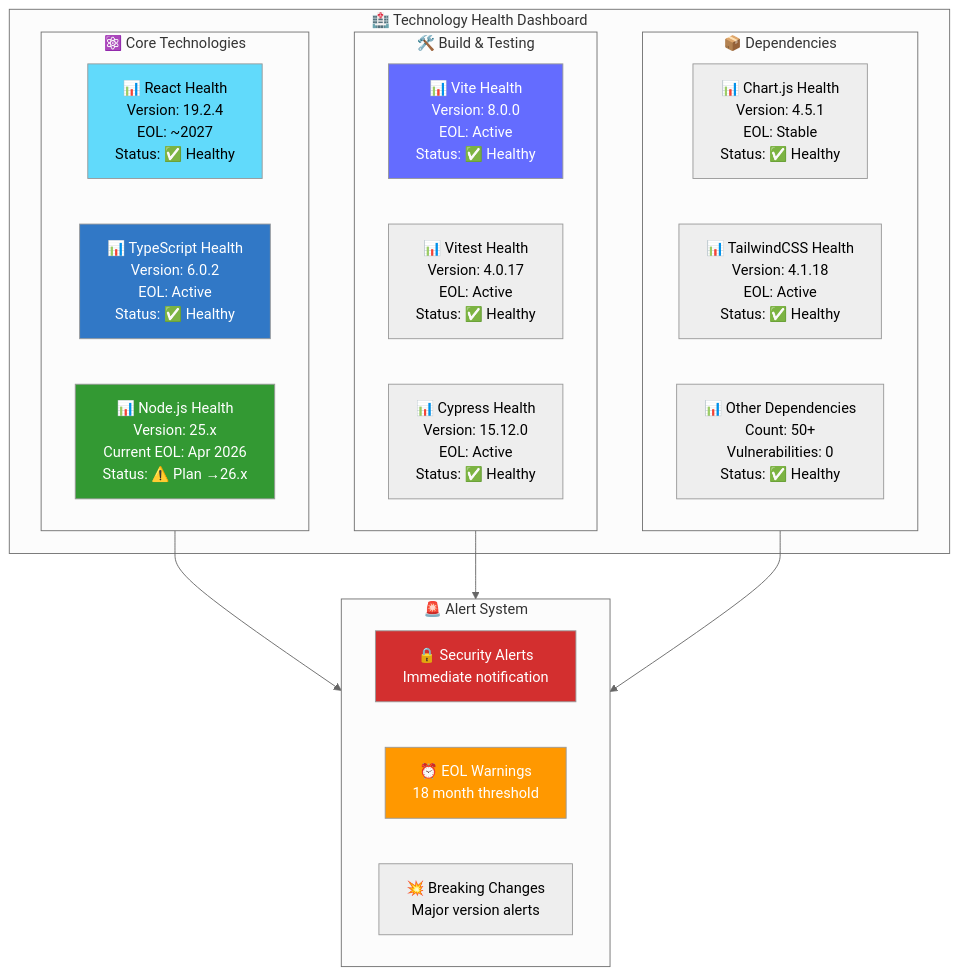
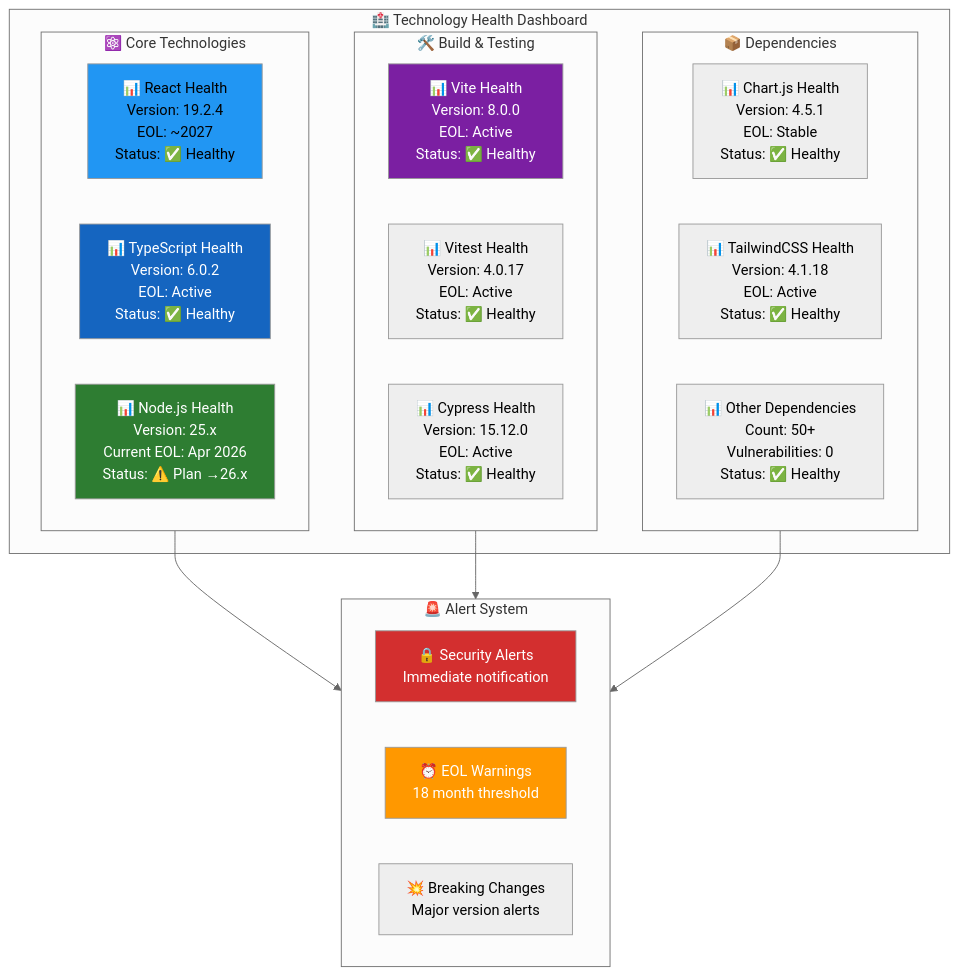
The ninth of 9 diagrams in docs/End-of-Life-Strategy.md (Hack23/cia-compliance-manager), drawn with Mermaid (neutral theme) before and after one commit. The commit also changed other lines of this file and 18 other files, not shown here.

````diff
--- a/docs/End-of-Life-Strategy.md
+++ b/docs/End-of-Life-Strategy.md
@@ -793,39 +758,39 @@
 ```mermaid
 graph TB
     subgraph HEALTH["🏥 Technology Health Dashboard"]
         subgraph CORE["⚛️ Core Technologies"]
             REACT[📊 React Health<br/>Version: 19.2.4<br/>EOL: ~2027<br/>Status: ✅ Healthy]
             TS[📊 TypeScript Health<br/>Version: 6.0.2<br/>EOL: Active<br/>Status: ✅ Healthy]
             NODE[📊 Node.js Health<br/>Version: 25.x<br/>Current EOL: Apr 2026<br/>Status: ⚠️ Plan →26.x]
         end
         
         subgraph TOOLS["🛠️ Build & Testing"]
             VITE[📊 Vite Health<br/>Version: 8.0.0<br/>EOL: Active<br/>Status: ✅ Healthy]
             VITEST[📊 Vitest Health<br/>Version: 4.0.17<br/>EOL: Active<br/>Status: ✅ Healthy]
             CYPRESS[📊 Cypress Health<br/>Version: 15.12.0<br/>EOL: Active<br/>Status: ✅ Healthy]
         end
         
         subgraph DEPS["📦 Dependencies"]
             CHART[📊 Chart.js Health<br/>Version: 4.5.1<br/>EOL: Stable<br/>Status: ✅ Healthy]
             TAILWIND[📊 TailwindCSS Health<br/>Version: 4.1.18<br/>EOL: Active<br/>Status: ✅ Healthy]
             OTHER[📊 Other Dependencies<br/>Count: 50+<br/>Vulnerabilities: 0<br/>Status: ✅ Healthy]
         end
     end
     
     subgraph ALERTS["🚨 Alert System"]
         SECURITY[🔒 Security Alerts<br/>Immediate notification]
         EOL[⏰ EOL Warnings<br/>18 month threshold]
         BREAKING[💥 Breaking Changes<br/>Major version alerts]
     end
     
     CORE --> ALERTS
     TOOLS --> ALERTS
     DEPS --> ALERTS
     
-    style REACT fill:#61dafb,color:#000
-    style TS fill:#3178c6,color:#fff
-    style NODE fill:#339933,color:#fff
-    style VITE fill:#646cff,color:#fff
+    style REACT fill:#2196F3,color:#000
+    style TS fill:#1565C0,color:#fff
+    style NODE fill:#2E7D32,color:#fff
+    style VITE fill:#7B1FA2,color:#fff
     style SECURITY fill:#d32f2f,color:#fff
     style EOL fill:#ff9800,color:#fff
 ```
````
